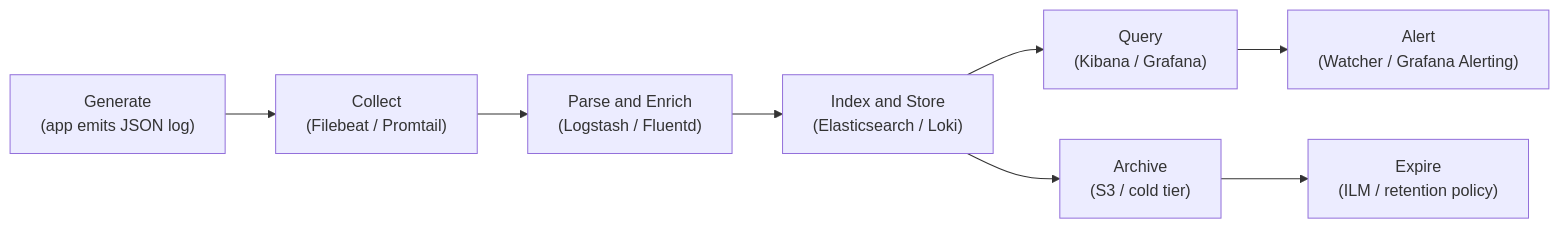
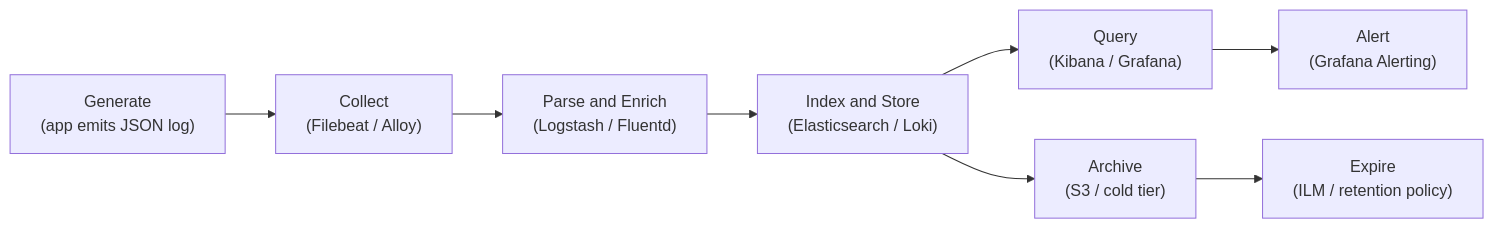
The second of 5 diagrams in module-12-logging.md (UncleJS/course_devops_career), drawn with Mermaid before and after one commit. The commit also changed other lines of this file and 16 other files, not shown here.

````diff
--- a/module-12-logging.md
+++ b/module-12-logging.md
@@ -173,14 +153,14 @@
 ```mermaid
 flowchart LR
     GEN["Generate<br/>(app emits JSON log)"]
-    COL["Collect<br/>(Filebeat / Promtail)"]
+    COL["Collect<br/>(Filebeat / Alloy)"]
     PARSE["Parse and Enrich<br/>(Logstash / Fluentd)"]
     STORE["Index and Store<br/>(Elasticsearch / Loki)"]
     QUERY["Query<br/>(Kibana / Grafana)"]
-    ALERT["Alert<br/>(Watcher / Grafana Alerting)"]
+    ALERT["Alert<br/>(Grafana Alerting)"]
     ARCH["Archive<br/>(S3 / cold tier)"]
     EXPIRE["Expire<br/>(ILM / retention policy)"]
 
     GEN --> COL --> PARSE --> STORE --> QUERY --> ALERT
     STORE --> ARCH --> EXPIRE
 ```
````
